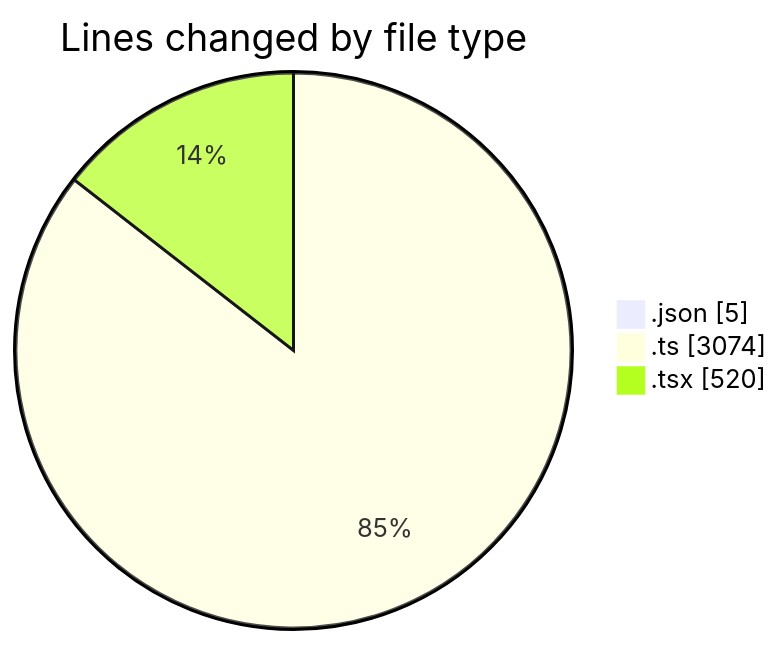
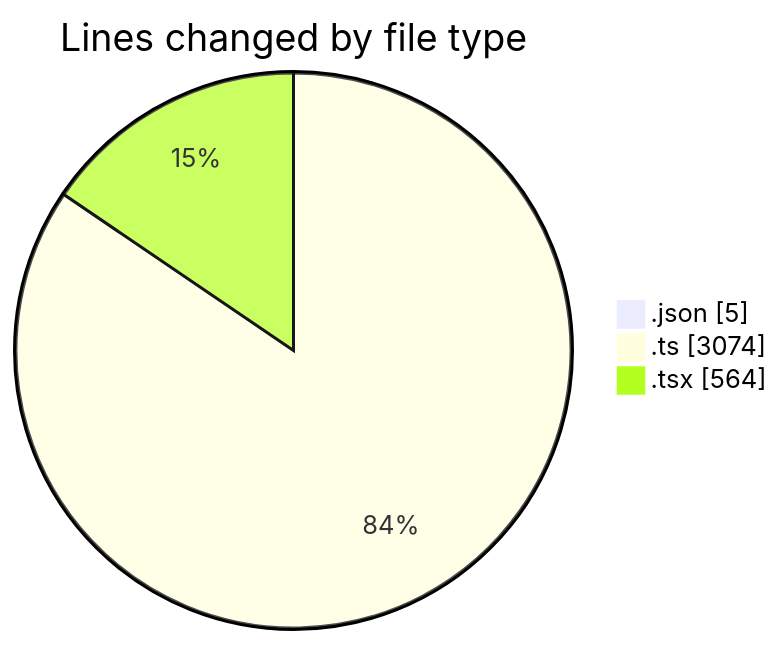
Before and after one commit to CELIANVF/code-tracking: the first of 2 diagrams in 2025-05-09/ecodeli/README.md, drawn with Mermaid. The commit also changed other lines of this file and 1 other file, not shown here.

````diff
--- a/2025-05-09/ecodeli/README.md
+++ b/2025-05-09/ecodeli/README.md
@@ -25,7 +25,7 @@
 ```mermaid
 pie showData
 title Lines changed by file type
 ".json" : 5
 ".ts" : 3074
-".tsx" : 520
+".tsx" : 564
 ```
````
